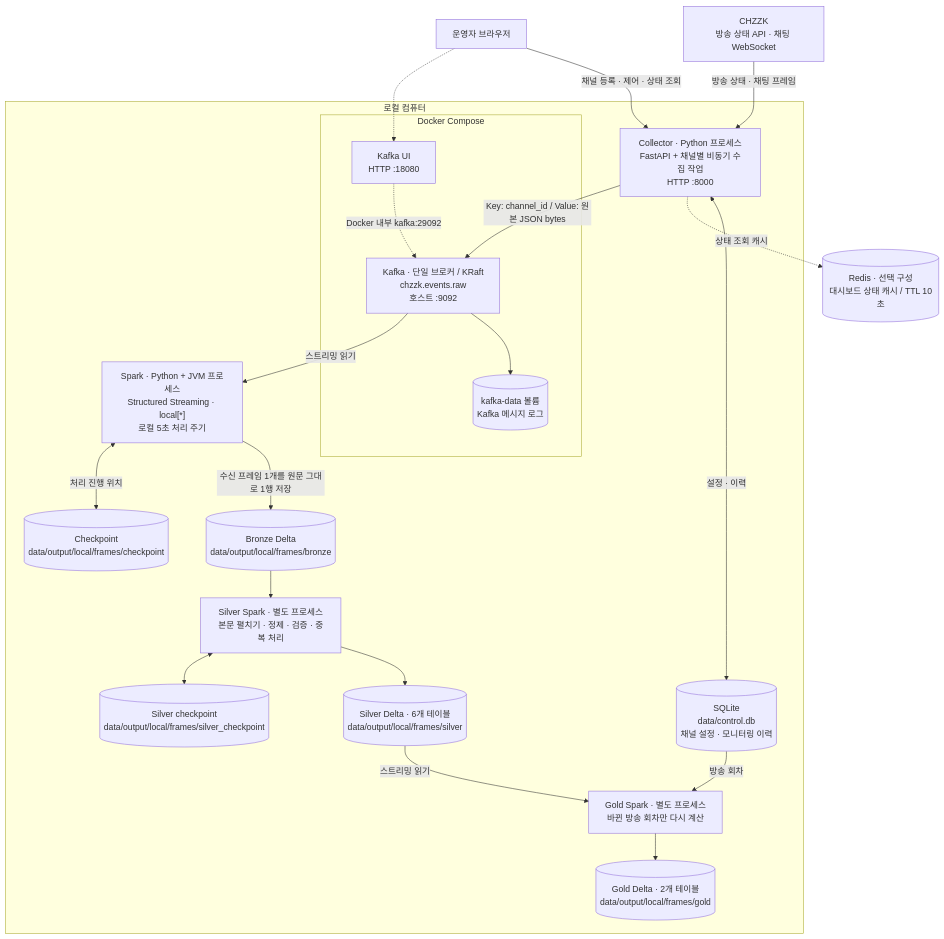
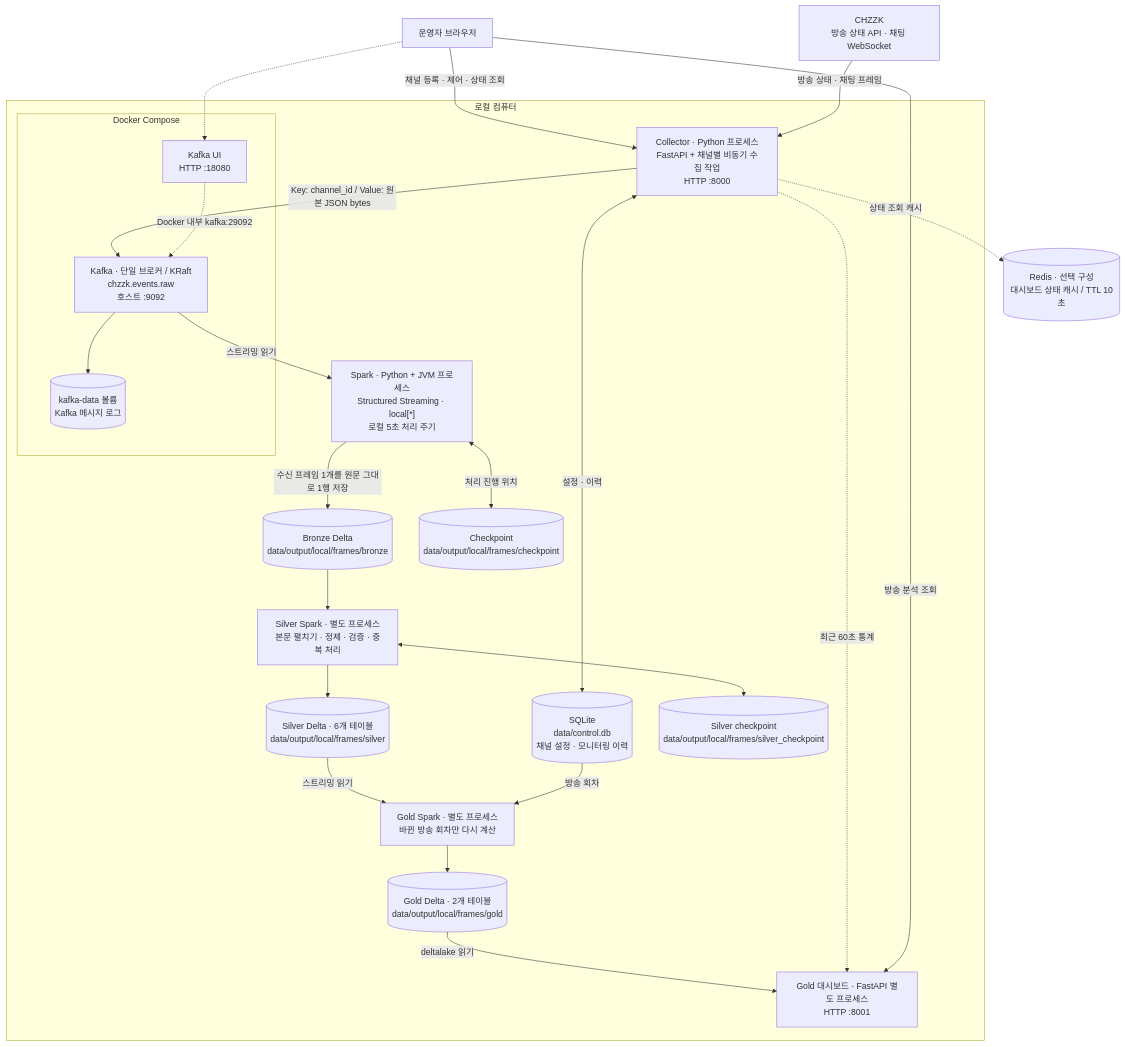
Before and after one commit to Recklehs/chzzk-chat-pipeline: the first of 3 diagrams in docs/architecture.md, drawn with Mermaid. The commit also changed other lines of this file and 2 other files, not shown here.

Commit message:
docs: Gold 대시보드 실행 방법과 구성 반영
README에 실행 명령, 환경 변수(GOLD_PATH, COLLECTOR_URL,
GOLD_DASHBOARD_REFRESH_SECONDS, GOLD_DASHBOARD_URL), 의존성 위치를 적었다.
Gold 계약 6절에 화면 구성, API, 차트 공백 구간과 data_status의 차이를,
아키텍처 구성도에 Gold 대시보드와 연결을 추가했다.

````diff
--- a/docs/architecture.md
+++ b/docs/architecture.md
@@ -9,42 +9,46 @@
 ```mermaid
 flowchart TB
     CH["CHZZK<br/>방송 상태 API · 채팅 WebSocket"]
     USER["운영자 브라우저"]
 
     subgraph HOST["로컬 컴퓨터"]
         COL["Collector · Python 프로세스<br/>FastAPI + 채널별 비동기 수집 작업<br/>HTTP :8000"]
         SQL[("SQLite<br/>data/control.db<br/>채널 설정 · 모니터링 이력")]
         subgraph DOCKER["Docker Compose"]
             K["Kafka · 단일 브로커 / KRaft<br/>chzzk.events.raw<br/>호스트 :9092"]
             VOL[("kafka-data 볼륨<br/>Kafka 메시지 로그")]
             UI["Kafka UI<br/>HTTP :18080"]
         end
         SP["Spark · Python + JVM 프로세스<br/>Structured Streaming · local[*]<br/>로컬 5초 처리 주기"]
         BR[("Bronze Delta<br/>data/output/local/frames/bronze")]
         CP[("Checkpoint<br/>data/output/local/frames/checkpoint")]
         SS["Silver Spark · 별도 프로세스<br/>본문 펼치기 · 정제 · 검증 · 중복 처리"]
         SL[("Silver Delta · 6개 테이블<br/>data/output/local/frames/silver")]
         SC[("Silver checkpoint<br/>data/output/local/frames/silver_checkpoint")]
         GS["Gold Spark · 별도 프로세스<br/>바뀐 방송 회차만 다시 계산"]
         GL[("Gold Delta · 2개 테이블<br/>data/output/local/frames/gold")]
+        GD["Gold 대시보드 · FastAPI 별도 프로세스<br/>HTTP :8001"]
     end
 
     USER -->|"채널 등록 · 제어 · 상태 조회"| COL
     CH -->|"방송 상태 · 채팅 프레임"| COL
     COL <-->|"설정 · 이력"| SQL
     COL -->|"Key: channel_id / Value: 원본 JSON bytes"| K
     K --> VOL
     K -->|"스트리밍 읽기"| SP
     SP -->|"수신 프레임 1개를 원문 그대로 1행 저장"| BR
     SP <-->|"처리 진행 위치"| CP
     BR --> SS
     SS --> SL
     SS <--> SC
     SL -->|"스트리밍 읽기"| GS
     SQL -->|"방송 회차"| GS
     GS --> GL
+    GL -->|"deltalake 읽기"| GD
+    COL -. "최근 60초 통계" .-> GD
+    USER -->|"방송 분석 조회"| GD
     USER -.-> UI
     UI -. "Docker 내부 kafka:29092" .-> K
     REDIS[("Redis · 선택 구성<br/>대시보드 상태 캐시 / TTL 10초")]
     COL -. "상태 조회 캐시" .-> REDIS
 ```
````
